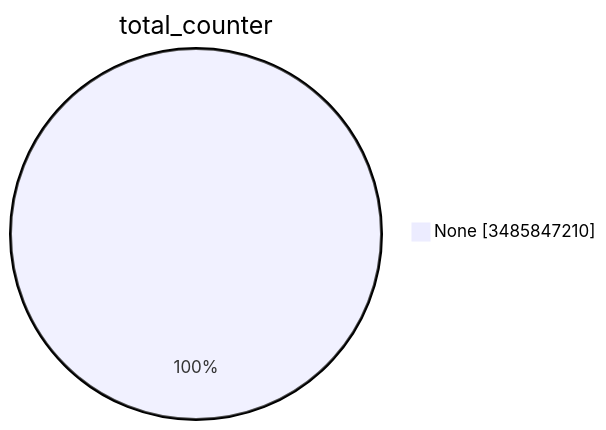
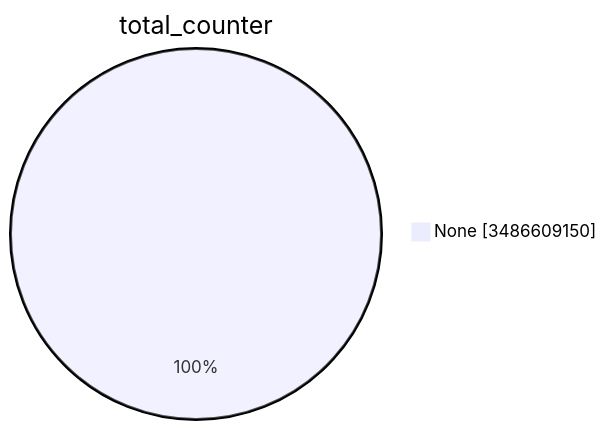
Before and after one commit to christiankrug/ctmonitor_visualization: the first of 15 diagrams in TOTAL/README.md, drawn with Mermaid. The commit also changed other lines of this file, not shown here.

````diff
--- a/TOTAL/README.md
+++ b/TOTAL/README.md
@@ -1,5 +1,5 @@
 ```mermaid
 pie showData
 title total_counter
-"None" :3485847210
+"None" :3486609150
 ```
````
